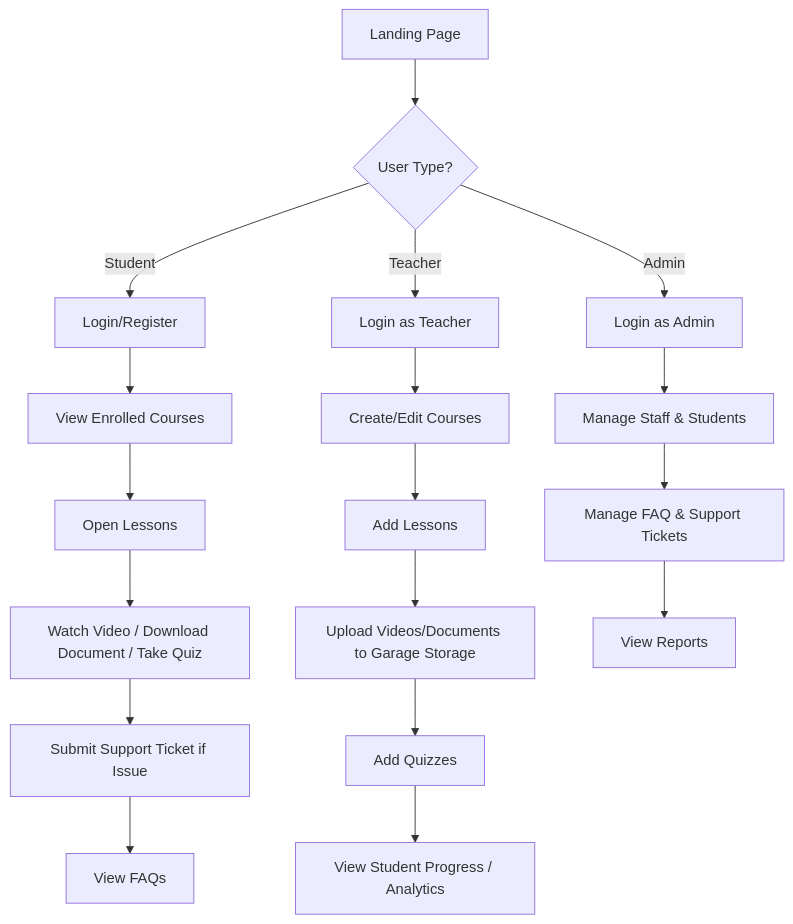
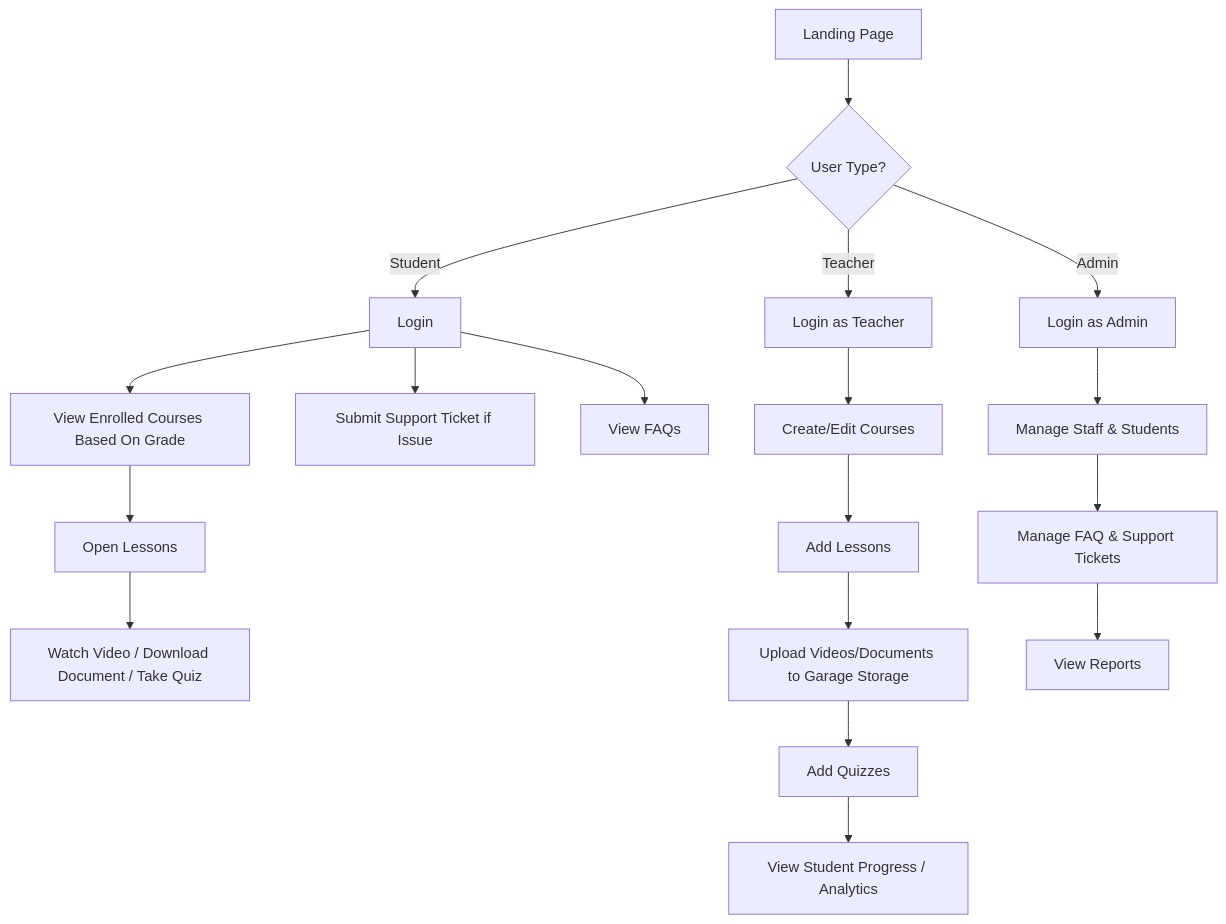
The diagram in docs/UserFlow.md (mahmoudalnkeeb/morg3a), drawn with Mermaid before and after one commit. The commit also changed 1 other file, not shown here.

Commit message:
docs: remove outdated ERD and refactor the user-flow diagram

````diff
--- a/docs/UserFlow.md
+++ b/docs/UserFlow.md
@@ -3,24 +3,25 @@
 ```mermaid
 flowchart TD
 
 A[Landing Page] --> B{User Type?}
 
-B -->|Student| S1[Login/Register]
-S1 --> S2[View Enrolled Courses]
+B -->|Student| S1[Login]
+S1 --> S2[View Enrolled Courses Based On Grade]
 S2 --> S3[Open Lessons]
 S3 --> S4[Watch Video / Download Document / Take Quiz]
-S4 --> S5[Submit Support Ticket if Issue]
-S5 --> S6[View FAQs]
+S1 --> S5[Submit Support Ticket if Issue]
+S1 --> S6[View FAQs]
+
 
 B -->|Teacher| T1[Login as Teacher]
 T1 --> T2[Create/Edit Courses]
 T2 --> T3[Add Lessons]
 T3 --> T4[Upload Videos/Documents to Garage Storage]
 T4 --> T5[Add Quizzes]
 T5 --> T6[View Student Progress / Analytics]
 
 B -->|Admin| A1[Login as Admin]
 A1 --> A2[Manage Staff & Students]
 A2 --> A3[Manage FAQ & Support Tickets]
 A3 --> A4[View Reports]
 ```
````
